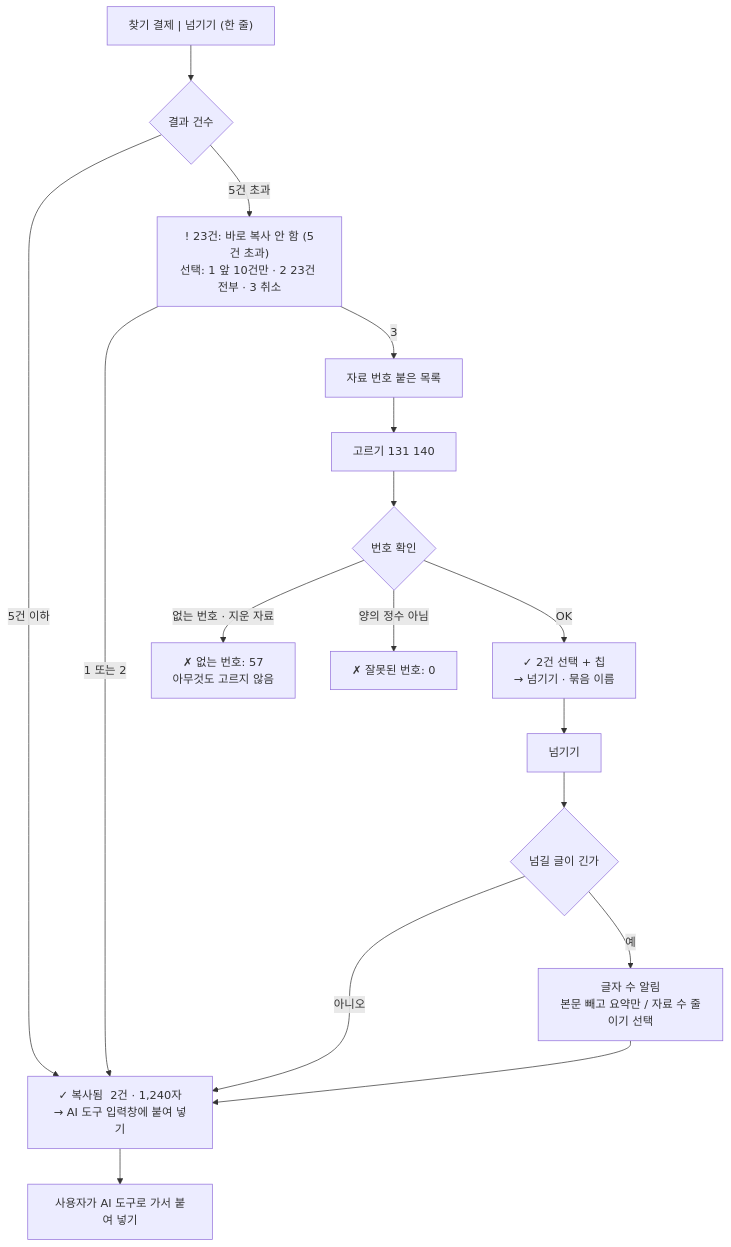
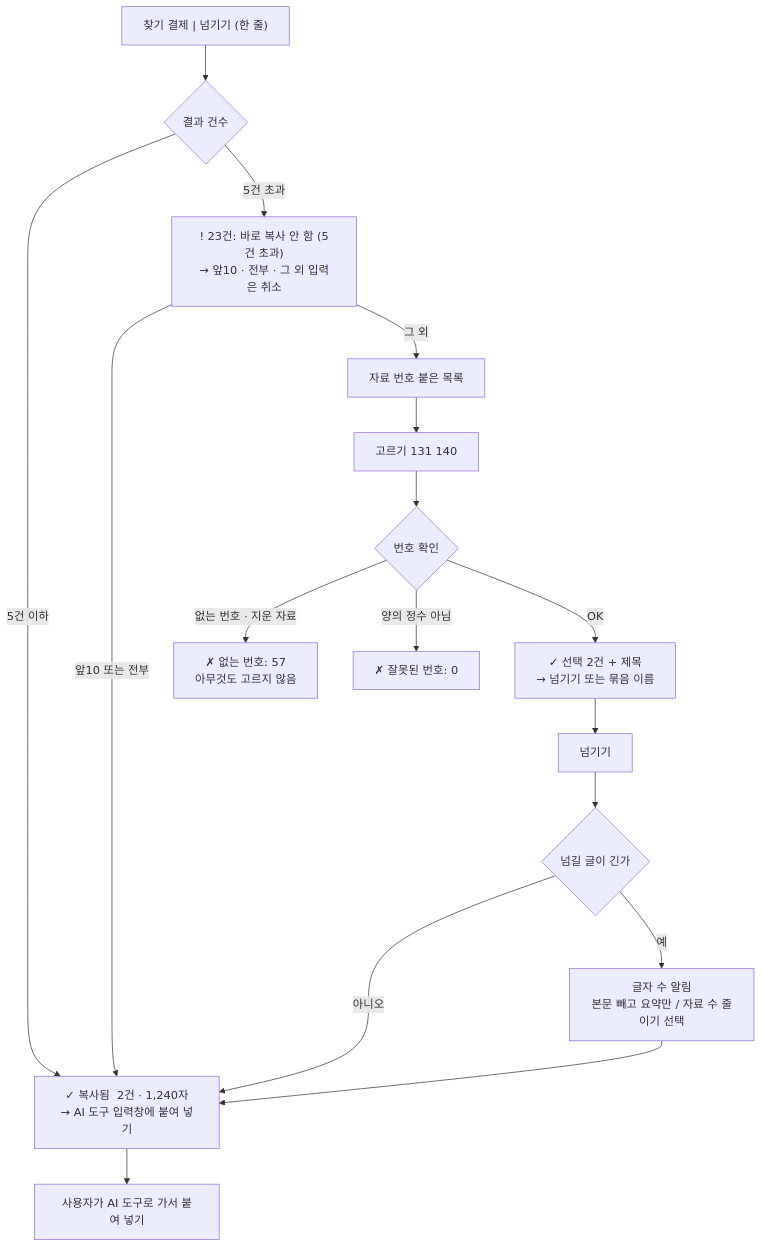
One commit to carti1108/grep changed the sixth of 10 diagrams in docs/planning/user-flow.md. Above: the diagram before and after it, drawn with Mermaid. The commit also changed other lines of this file and 16 other files, not shown here.

````diff
--- a/docs/planning/user-flow.md
+++ b/docs/planning/user-flow.md
@@ -187,20 +187,20 @@
 ```mermaid
 flowchart TD
     A["자료 번호 붙은 목록"] --> B["고르기 131 140"]
     B --> C{"번호 확인"}
     C -- "없는 번호 · 지운 자료" --> D["✗ 없는 번호: 57<br/>아무것도 고르지 않음"]
     C -- "양의 정수 아님" --> E["✗ 잘못된 번호: 0"]
-    C -- "OK" --> F["✓ 2건 선택 + 칩<br/>→ 넘기기 · 묶음 이름"]
+    C -- "OK" --> F["✓ 선택 2건 + 제목<br/>→ 넘기기 또는 묶음 이름"]
     F --> G["넘기기"]
     G --> H{"넘길 글이 긴가"}
     H -- "아니오" --> I["✓ 복사됨  2건 · 1,240자<br/>→ AI 도구 입력창에 붙여 넣기"]
     H -- "예" --> J["글자 수 알림<br/>본문 빼고 요약만 / 자료 수 줄이기 선택"]
     J --> I
     I --> K["사용자가 AI 도구로 가서 붙여 넣기"]
 
     P["찾기 결제 | 넘기기 (한 줄)"] --> Q{"결과 건수"}
     Q -- "5건 이하" --> I
-    Q -- "5건 초과" --> R["! 23건: 바로 복사 안 함 (5건 초과)<br/>선택: 1 앞 10건만 · 2 23건 전부 · 3 취소"]
-    R -- "1 또는 2" --> I
-    R -- "3" --> A
+    Q -- "5건 초과" --> R["! 23건: 바로 복사 안 함 (5건 초과)<br/>→ 앞10 · 전부 · 그 외 입력은 취소"]
+    R -- "앞10 또는 전부" --> I
+    R -- "그 외" --> A
 ```
````
